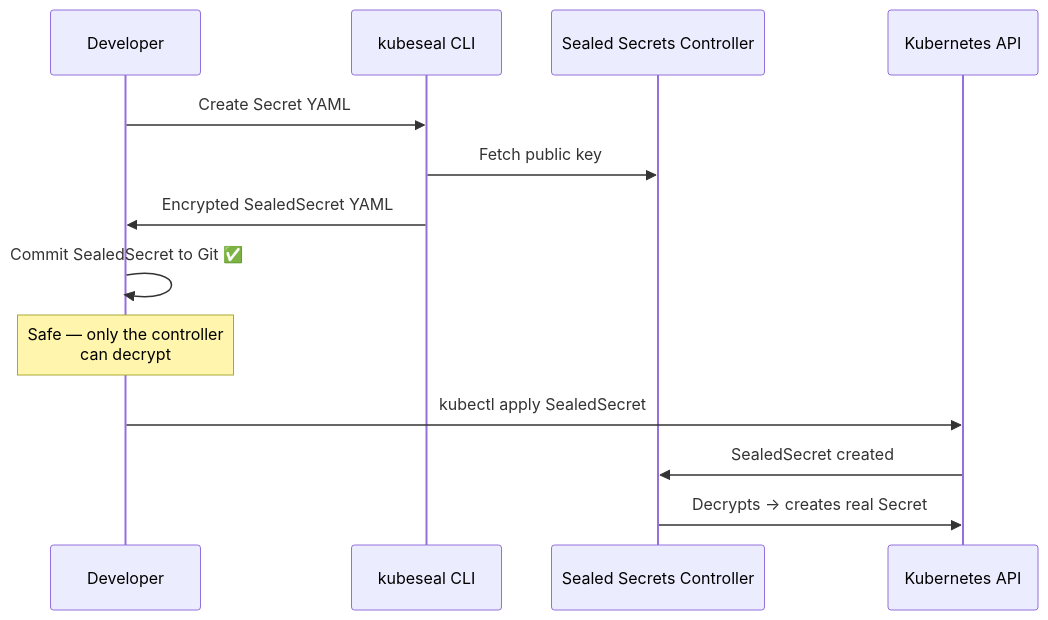
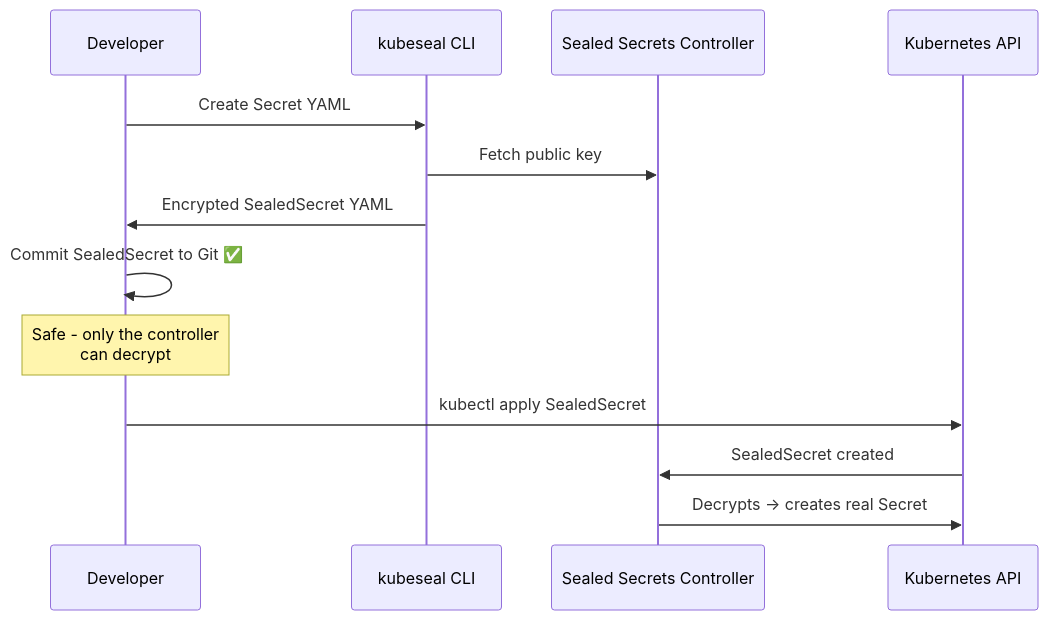
The second of 3 diagrams in Labs/06-DataStore/README.md (nirgeier/KubernetesLabs), drawn with Mermaid before and after one commit. The commit also changed other lines of this file and 63 other files, not shown here.

````diff
--- a/Labs/06-DataStore/README.md
+++ b/Labs/06-DataStore/README.md
@@ -677,16 +677,16 @@
 ```mermaid
 sequenceDiagram
     participant Dev as Developer
     participant KS as kubeseal CLI
     participant Ctrl as Sealed Secrets Controller
     participant K8S as Kubernetes API
 
     Dev->>KS: Create Secret YAML
     KS->>Ctrl: Fetch public key
     KS->>Dev: Encrypted SealedSecret YAML
     Dev->>Dev: Commit SealedSecret to Git ✅
-    Note over Dev: Safe — only the controller<br/>can decrypt
+    Note over Dev: Safe - only the controller<br/>can decrypt
     Dev->>K8S: kubectl apply SealedSecret
     K8S->>Ctrl: SealedSecret created
     Ctrl->>K8S: Decrypts → creates real Secret
 ```
````
